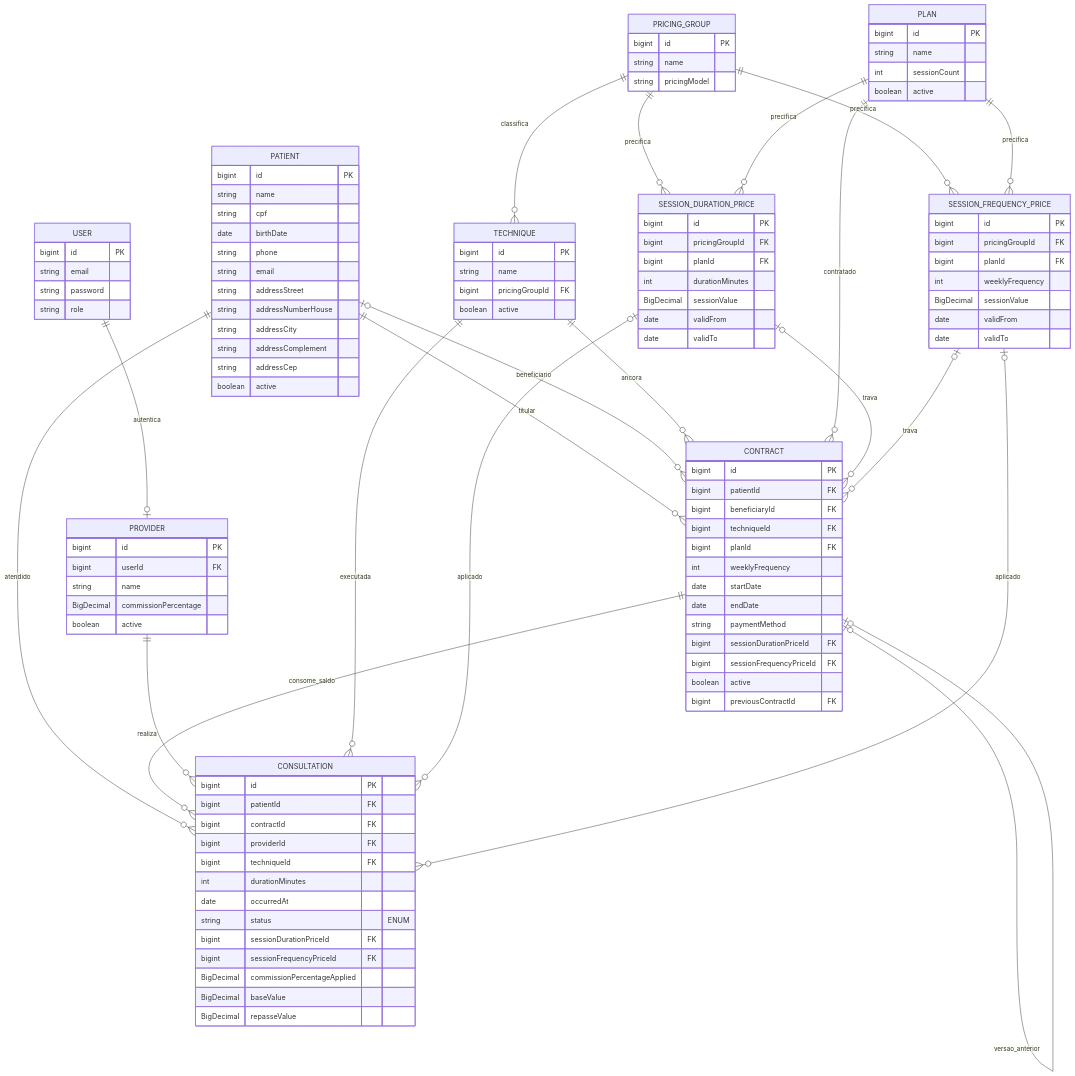
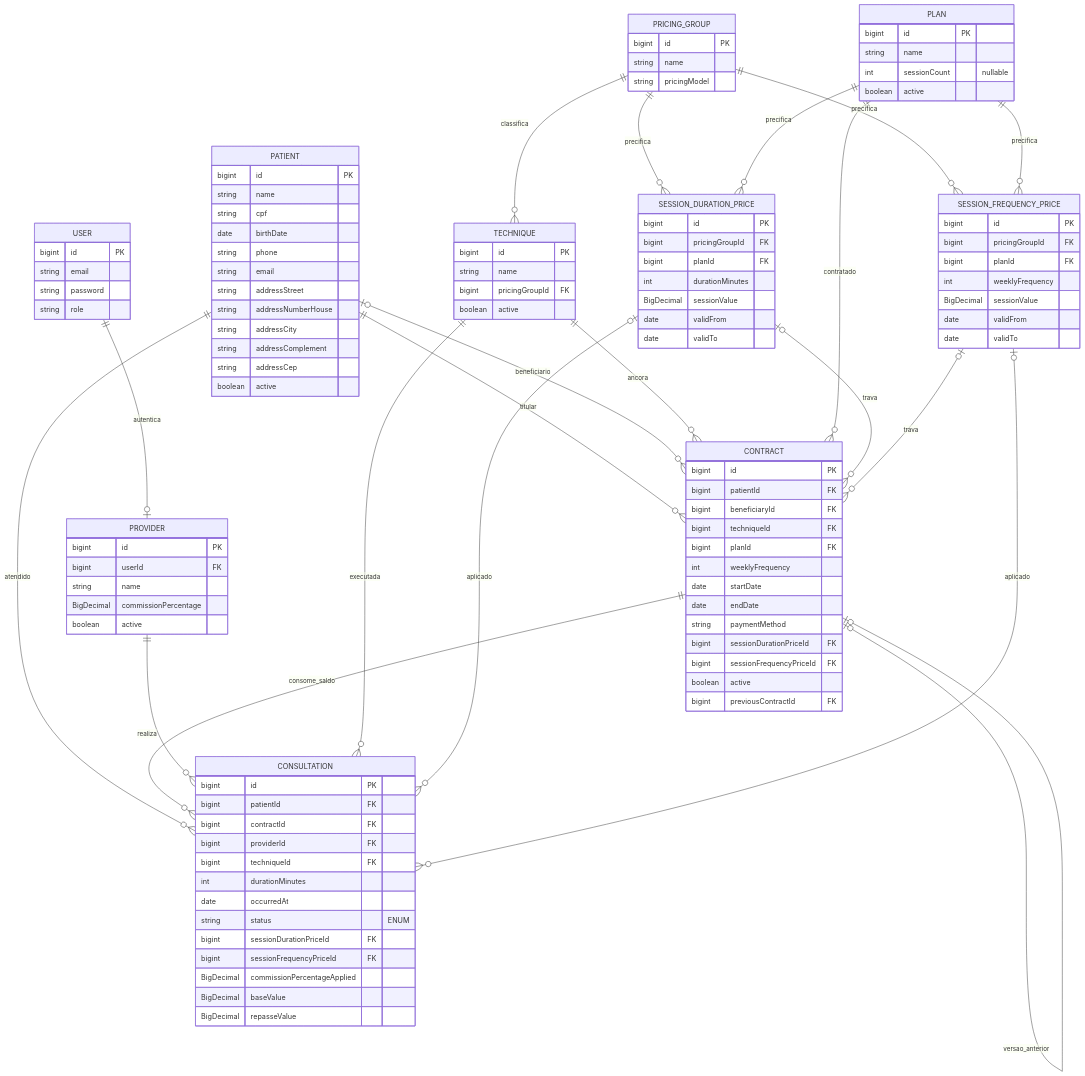
The diagram in docs/domain-model.md (1k2s/sublime-app), drawn with Mermaid before and after one commit. The commit also changed other lines of this file and 4 other files, not shown here.

```diff
--- a/docs/domain-model.md
+++ b/docs/domain-model.md
@@ -54,7 +54,7 @@
   PLAN {
     bigint id PK
     string name
-    int sessionCount
+    int sessionCount "nullable"
     boolean active
   }
 
```
